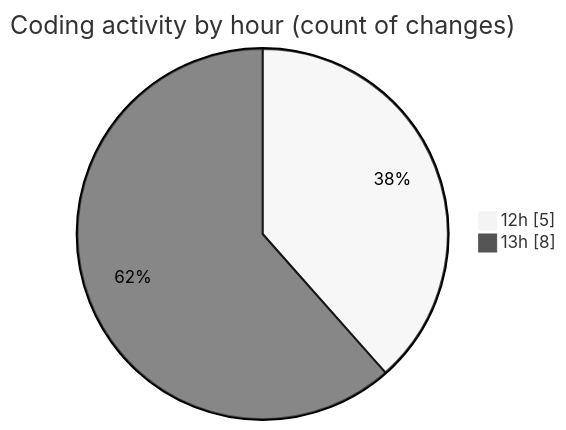
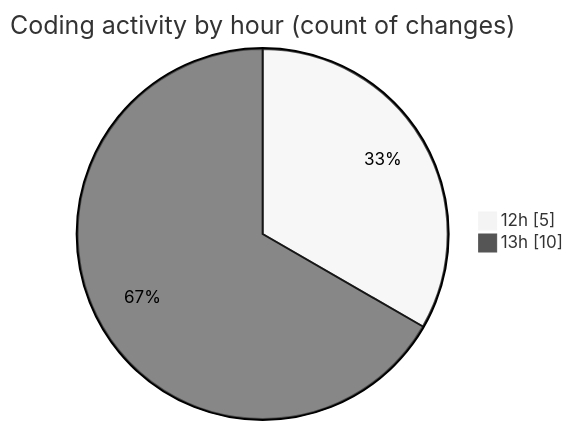
The second of 2 diagrams in 2026-05-22/cilapp/README.md (ricardozamudiocil/code-tracking), drawn with Mermaid (neutral theme) before and after one commit. The commit also changed other lines of this file and 1 other file, not shown here.

````diff
--- a/2026-05-22/cilapp/README.md
+++ b/2026-05-22/cilapp/README.md
@@ -28,6 +28,6 @@
 ```mermaid
 pie showData
 title Coding activity by hour (count of changes)
 "12h" : 5
-"13h" : 8
+"13h" : 10
 ```
````
